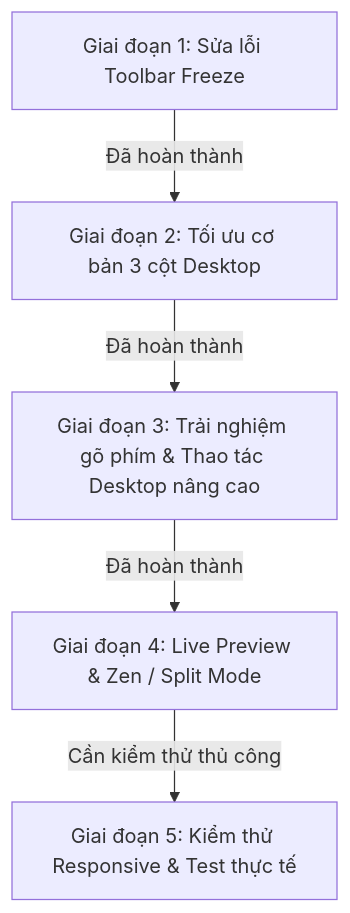
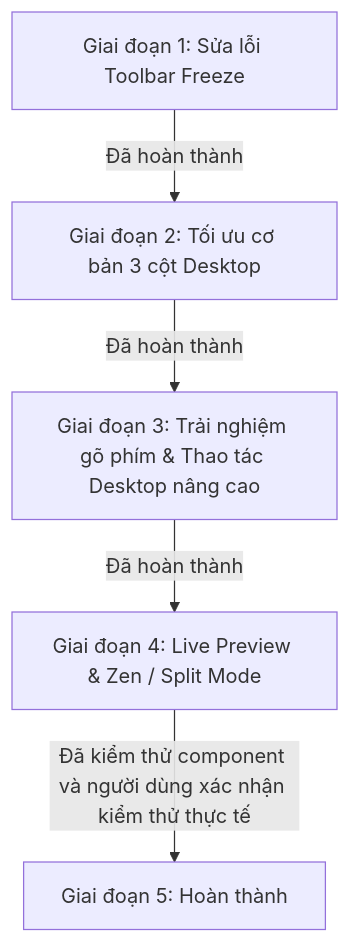
One commit to nguyentuanngoc21/vinh_website changed the diagram in docs/chapter-editor-optimization-roadmap.md. Above: the diagram before and after it, drawn with Mermaid. The commit also changed other lines of this file and 13 other files, not shown here.

````diff
--- a/docs/chapter-editor-optimization-roadmap.md
+++ b/docs/chapter-editor-optimization-roadmap.md
@@ -10,7 +10,7 @@
 ```mermaid
 flowchart TD
     A[Giai đoạn 1: Sửa lỗi Toolbar Freeze] -->|Đã hoàn thành| B[Giai đoạn 2: Tối ưu cơ bản 3 cột Desktop]
     B -->|Đã hoàn thành| C[Giai đoạn 3: Trải nghiệm gõ phím & Thao tác Desktop nâng cao]
     C -->|Đã hoàn thành| D[Giai đoạn 4: Live Preview & Zen / Split Mode]
-    D -->|Cần kiểm thử thủ công| E[Giai đoạn 5: Kiểm thử Responsive & Test thực tế]
+    D -->|Đã kiểm thử component và người dùng xác nhận kiểm thử thực tế| E[Giai đoạn 5: Hoàn thành]
 ```
````
